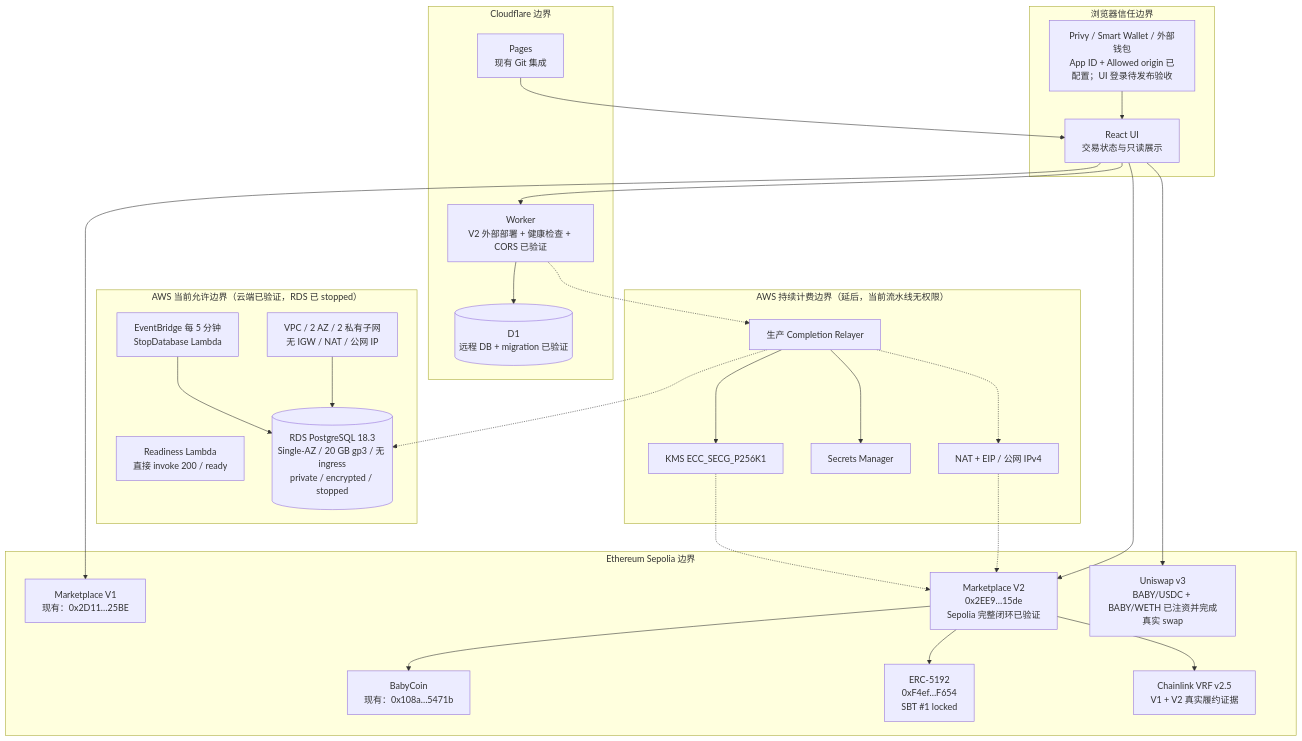
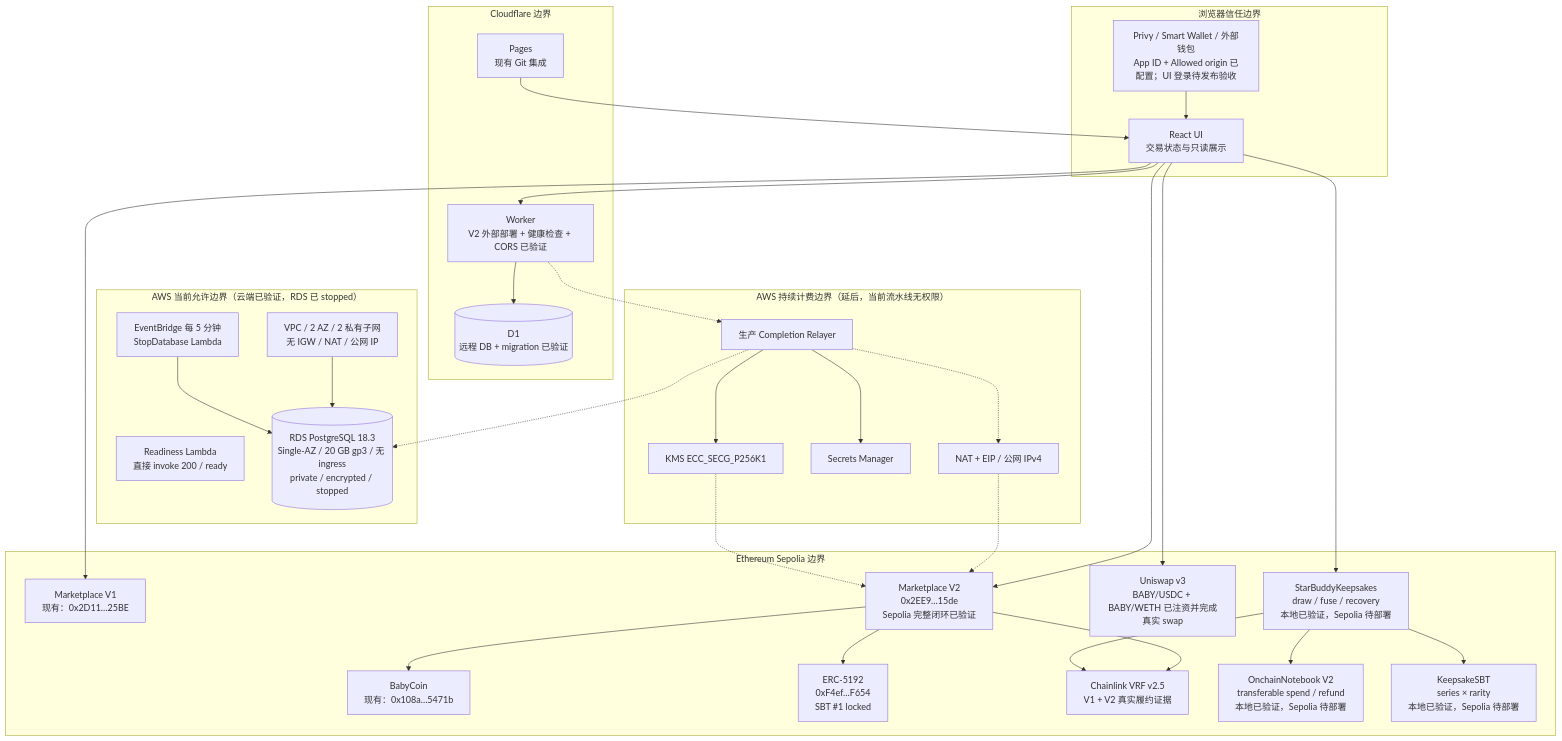
The fourth of 9 diagrams in docs/architecture/starbuddy-web3-architecture.mmd (Tiancheng-Xu/babysteps), drawn with Mermaid before and after one commit. The commit also changed other lines of this file and 131 other files, not shown here.

````diff
--- a/docs/architecture/starbuddy-web3-architecture.mmd
+++ b/docs/architecture/starbuddy-web3-architecture.mmd
@@ -89,50 +96,57 @@
 ```mermaid
 flowchart TB
     subgraph browser["浏览器信任边界"]
         ui["React UI<br/>交易状态与只读展示"]
         wallet["Privy / Smart Wallet / 外部钱包<br/>App ID + Allowed origin 已配置；UI 登录待发布验收"]
     end
     subgraph cloudflare["Cloudflare 边界"]
         pages["Pages<br/>现有 Git 集成"]
         worker2["Worker<br/>V2 外部部署 + 健康检查 + CORS 已验证"]
         d12[("D1<br/>远程 DB + migration 已验证")]
     end
     subgraph ethereum["Ethereum Sepolia 边界"]
         baby["BabyCoin<br/>现有：0x108a…5471b"]
         oldMarket["Marketplace V1<br/>现有：0x2D11…25BE"]
-        newMarket["Marketplace V2<br/>0x2EE9…15de<br/>Sepolia 完整闭环已验证"]
+    newMarket["Marketplace V2<br/>0x2EE9…15de<br/>Sepolia 完整闭环已验证"]
         cert["ERC-5192<br/>0xF4ef…F654<br/>SBT #1 locked"]
         uni["Uniswap v3<br/>BABY/USDC + BABY/WETH 已注资并完成真实 swap"]
         chainlink["Chainlink VRF v2.5<br/>V1 + V2 真实履约证据"]
+        notebook2["OnchainNotebook V2<br/>transferable spend / refund<br/>本地已验证，Sepolia 待部署"]
+        keepsakeMarket["StarBuddyKeepsakes<br/>draw / fuse / recovery<br/>本地已验证，Sepolia 待部署"]
+        keepsakeToken["KeepsakeSBT<br/>series × rarity<br/>本地已验证，Sepolia 待部署"]
     end
     subgraph aws["AWS 当前允许边界（云端已验证，RDS 已 stopped）"]
         probe["Readiness Lambda<br/>直接 invoke 200 / ready"]
         subnets["VPC / 2 AZ / 2 私有子网<br/>无 IGW / NAT / 公网 IP"]
         stop["EventBridge 每 5 分钟<br/>StopDatabase Lambda"]
         db[("RDS PostgreSQL 18.3<br/>Single-AZ / 20 GB gp3 / 无 ingress<br/>private / encrypted / stopped")]
     end
     subgraph deferred["AWS 持续计费边界（延后，当前流水线无权限）"]
         relayer["生产 Completion Relayer"]
         nat["NAT + EIP / 公网 IPv4"]
         secrets["Secrets Manager"]
         key["KMS ECC_SECG_P256K1"]
     end
 
     pages --> ui
     wallet --> ui
     ui --> worker2 --> d12
     ui --> oldMarket
     ui --> newMarket
     ui --> uni
     newMarket --> baby
     newMarket --> cert
     newMarket --> chainlink
+    ui --> keepsakeMarket
+    keepsakeMarket --> notebook2
+    keepsakeMarket --> chainlink
+    keepsakeMarket --> keepsakeToken
     worker2 -.-> relayer
     subnets --> db
     stop --> db
     relayer -.-> db
     relayer --> secrets
     relayer --> key
     relayer -.-> nat -.-> newMarket
     key -.-> newMarket
 ```
````
